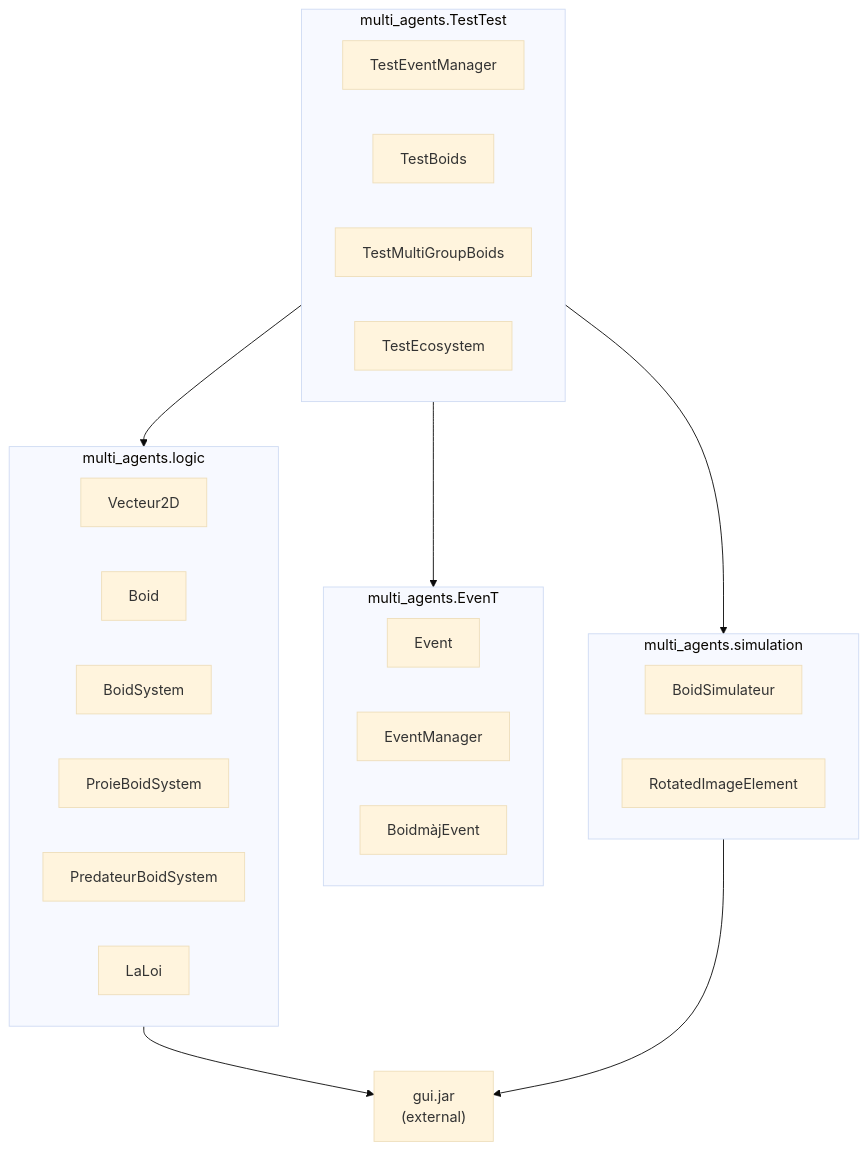
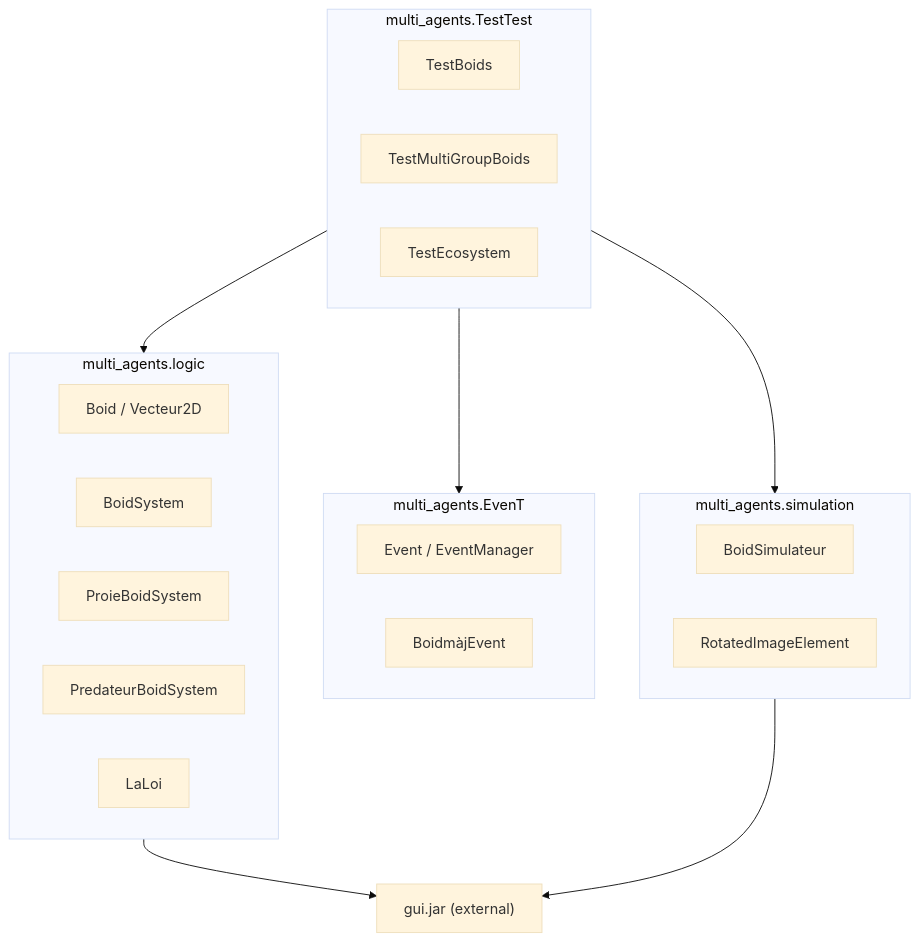
One commit to m871-akram/Multi-Agent-Simulation-Framework-Boids-Cellular-Automata-Predator-Prey-Dynamics changed the fourth of 4 diagrams in ARCHITECTURE.md. Above: the diagram before and after it, drawn with Mermaid (base theme). The commit also changed other lines of this file and 51 other files, not shown here.

Commit message:
Revise README and ARCHITECTURE for clarity, structure, and up-to-date diagrams; add .gitignore

````diff
--- a/ARCHITECTURE.md
+++ b/ARCHITECTURE.md
@@ -233,37 +130,34 @@
 ```mermaid
 flowchart TB
     subgraph TestTest["multi_agents.TestTest"]
-      T1[TestEventManager]
-      T2[TestBoids]
-      T3[TestMultiGroupBoids]
-      T4[TestEcosystem]
+        T1[TestBoids]
+        T2[TestMultiGroupBoids]
+        T3[TestEcosystem]
     end
 
     subgraph Logic["multi_agents.logic"]
-      L1[Vecteur2D]
-      L2[Boid]
-      L3[BoidSystem]
-      L4[ProieBoidSystem]
-      L5[PredateurBoidSystem]
-      L6[LaLoi]
+        L1[Boid / Vecteur2D]
+        L2[BoidSystem]
+        L3[ProieBoidSystem]
+        L4[PredateurBoidSystem]
+        L5[LaLoi]
     end
 
     subgraph EvenT["multi_agents.EvenT"]
-      E1[Event]
-      E2[EventManager]
-      E3[BoidmàjEvent]
+        E1[Event / EventManager]
+        E2[BoidmàjEvent]
     end
 
     subgraph Simulation["multi_agents.simulation"]
-      S1[BoidSimulateur]
-      S2[RotatedImageElement]
+        S1[BoidSimulateur]
+        S2[RotatedImageElement]
     end
 
-    GUI["gui.jar\n(external)"]
+    GUI["gui.jar (external)"]
 
     TestTest --> Logic
     TestTest --> EvenT
     TestTest --> Simulation
     Logic --> GUI
     Simulation --> GUI
 ```
````
